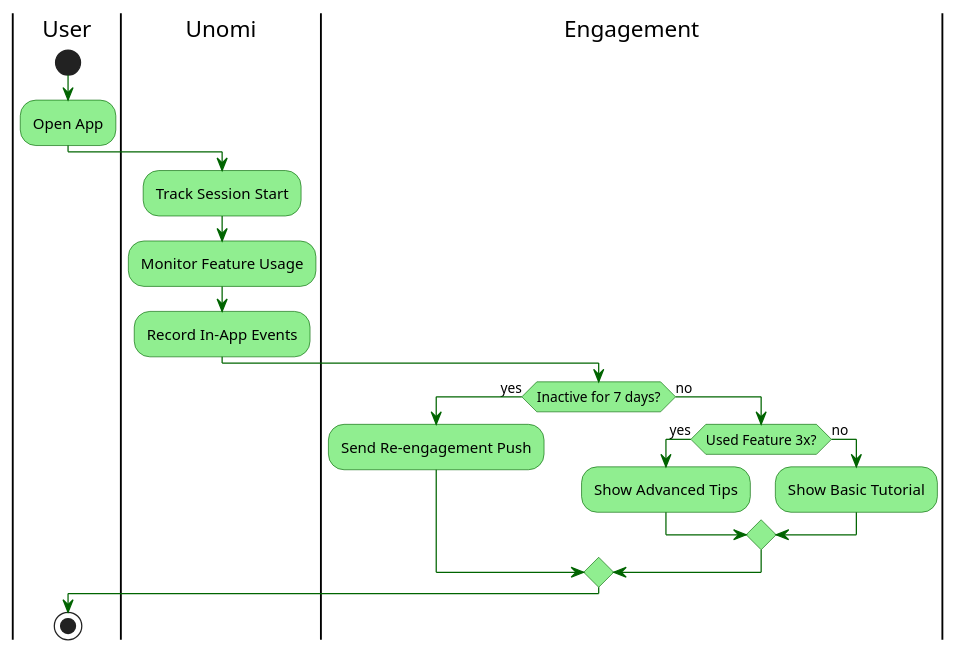
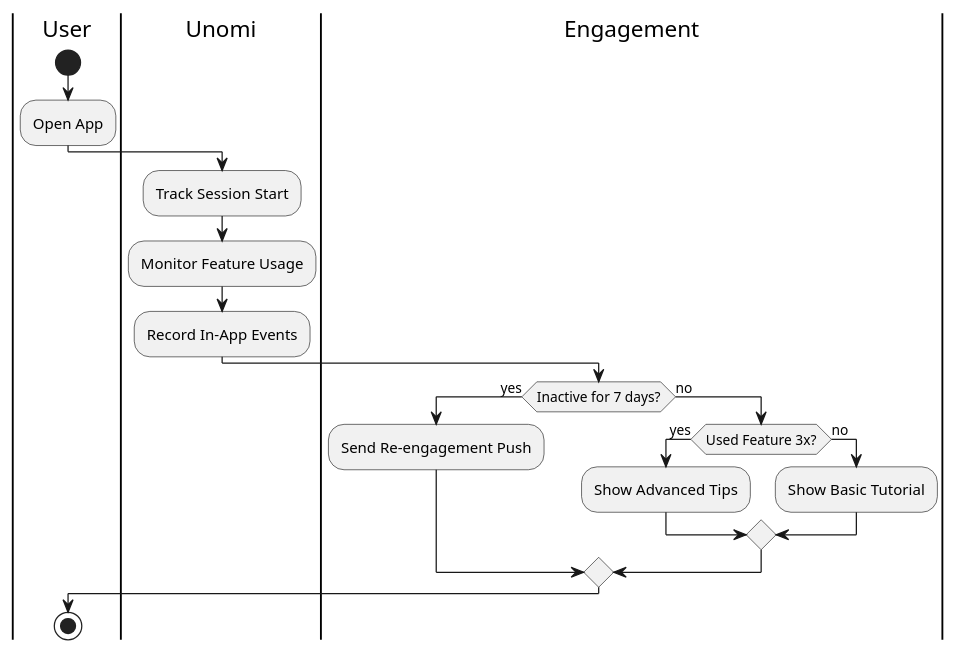
One commit to apache/unomi changed the second of 10 diagrams in manual/src/main/asciidoc/past-event-conditions.adoc. Above: the diagram before and after it, drawn with PlantUML. The commit also changed other lines of this file and 16 other files, not shown here.

First line of the commit message:
docs: brand PlantUML diagrams with Unomi theme colors

```diff
--- a/manual/src/main/asciidoc/past-event-conditions.adoc
+++ b/manual/src/main/asciidoc/past-event-conditions.adoc
@@ -127,31 +124,28 @@
 [plantuml]
 ----
 @startuml
-skinparam activityBackgroundColor LightGreen
-skinparam activityBorderColor DarkGreen
-skinparam arrowColor DarkGreen
 
 |User|
 start
 :Open App;
 
 |Unomi|
 :Track Session Start;
 :Monitor Feature Usage;
 :Record In-App Events;
 
 |Engagement|
 if (Inactive for 7 days?) then (yes)
   :Send Re-engagement Push;
 else (no)
   if (Used Feature 3x?) then (yes)
     :Show Advanced Tips;
   else (no)
     :Show Basic Tutorial;
   endif
 endif
 
 |User|
 stop
 @enduml
 ----
```
